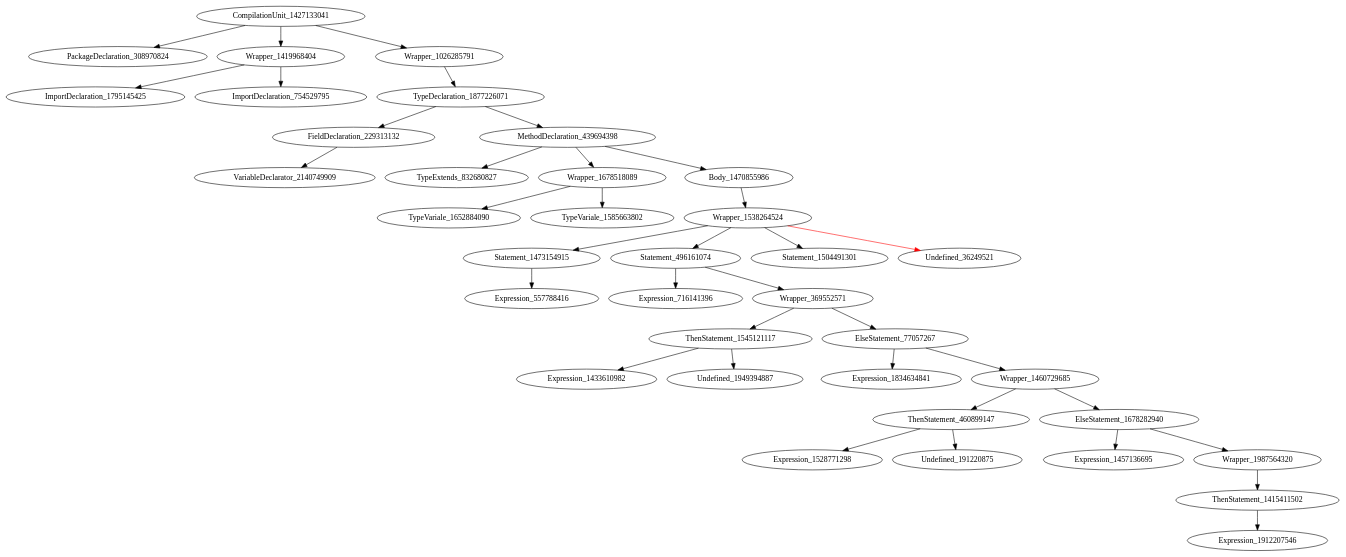
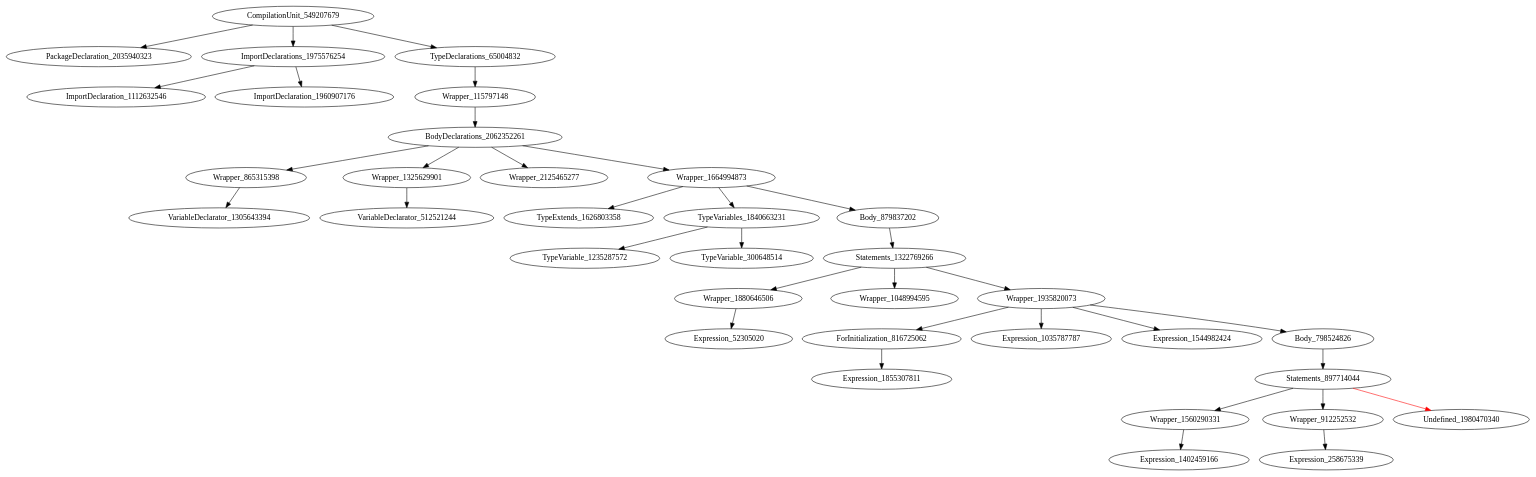
Before and after one commit to icse2023material/VoiceJava: the diagram in holeAST.dot, drawn with Graphviz. The commit also changed 11 other files, not shown here.

```diff
--- a/holeAST.dot
+++ b/holeAST.dot
@@ -1,38 +1,36 @@
 digraph {
-CompilationUnit_1427133041 -> PackageDeclaration_308970824
-CompilationUnit_1427133041 -> Wrapper_1419968404
-CompilationUnit_1427133041 -> Wrapper_1026285791
-Wrapper_1419968404 -> ImportDeclaration_1795145425
-Wrapper_1419968404 -> ImportDeclaration_754529795
-Wrapper_1026285791 -> TypeDeclaration_1877226071
-TypeDeclaration_1877226071 -> FieldDeclaration_229313132
-TypeDeclaration_1877226071 -> MethodDeclaration_439694398
-FieldDeclaration_229313132 -> VariableDeclarator_2140749909
-MethodDeclaration_439694398 -> TypeExtends_832680827
-MethodDeclaration_439694398 -> Wrapper_1678518089
-MethodDeclaration_439694398 -> Body_1470855986
-Wrapper_1678518089 -> TypeVariale_1652884090
-Wrapper_1678518089 -> TypeVariale_1585663802
-Body_1470855986 -> Wrapper_1538264524
-Wrapper_1538264524 -> Statement_1473154915
-Wrapper_1538264524 -> Statement_496161074
-Wrapper_1538264524 -> Statement_1504491301
-Wrapper_1538264524 -> Undefined_36249521 [color = red] 
-Statement_1473154915 -> Expression_557788416
-Statement_496161074 -> Expression_716141396
-Statement_496161074 -> Wrapper_369552571
-Wrapper_369552571 -> ThenStatement_1545121117
-Wrapper_369552571 -> ElseStatement_77057267
-ThenStatement_1545121117 -> Expression_1433610982
-ThenStatement_1545121117 -> Undefined_1949394887
-ElseStatement_77057267 -> Expression_1834634841
-ElseStatement_77057267 -> Wrapper_1460729685
-Wrapper_1460729685 -> ThenStatement_460899147
-Wrapper_1460729685 -> ElseStatement_1678282940
-ThenStatement_460899147 -> Expression_1528771298
-ThenStatement_460899147 -> Undefined_191220875
-ElseStatement_1678282940 -> Expression_1457136695
-ElseStatement_1678282940 -> Wrapper_1987564320
-Wrapper_1987564320 -> ThenStatement_1415411502
-ThenStatement_1415411502 -> Expression_1912207546
+CompilationUnit_549207679 -> PackageDeclaration_2035940323
+CompilationUnit_549207679 -> ImportDeclarations_1975576254
+CompilationUnit_549207679 -> TypeDeclarations_65004832
+ImportDeclarations_1975576254 -> ImportDeclaration_1112632546
+ImportDeclarations_1975576254 -> ImportDeclaration_1960907176
+TypeDeclarations_65004832 -> Wrapper_115797148
+Wrapper_115797148 -> BodyDeclarations_2062352261
+BodyDeclarations_2062352261 -> Wrapper_865315398
+BodyDeclarations_2062352261 -> Wrapper_1325629901
+BodyDeclarations_2062352261 -> Wrapper_2125465277
+BodyDeclarations_2062352261 -> Wrapper_1664994873
+Wrapper_865315398 -> VariableDeclarator_1305643394
+Wrapper_1325629901 -> VariableDeclarator_512521244
+Wrapper_1664994873 -> TypeExtends_1626803358
+Wrapper_1664994873 -> TypeVariables_1840663231
+Wrapper_1664994873 -> Body_879837202
+TypeVariables_1840663231 -> TypeVariable_1235287572
+TypeVariables_1840663231 -> TypeVariable_300648514
+Body_879837202 -> Statements_1322769266
+Statements_1322769266 -> Wrapper_1880646506
+Statements_1322769266 -> Wrapper_1048994595
+Statements_1322769266 -> Wrapper_1935820073
+Wrapper_1880646506 -> Expression_52305020
+Wrapper_1935820073 -> ForInitialization_816725062
+Wrapper_1935820073 -> Expression_1035787787
+Wrapper_1935820073 -> Expression_1544982424
+Wrapper_1935820073 -> Body_798524826
+ForInitialization_816725062 -> Expression_1855307811
+Body_798524826 -> Statements_897714044
+Statements_897714044 -> Wrapper_1560290331
+Statements_897714044 -> Wrapper_912252532
+Statements_897714044 -> Undefined_1980470340 [color = red] 
+Wrapper_1560290331 -> Expression_1402459166
+Wrapper_912252532 -> Expression_258675339
 }
```
